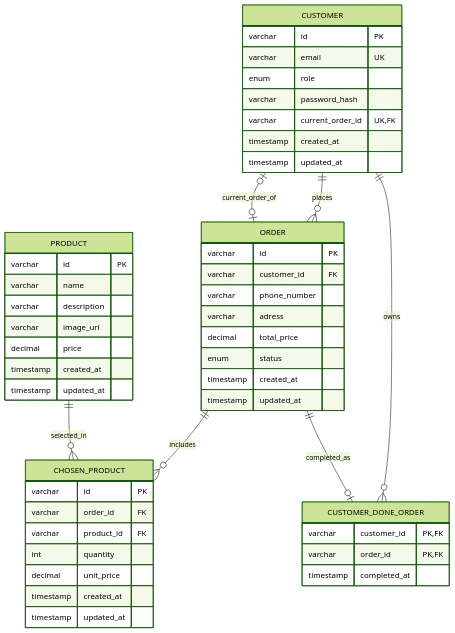
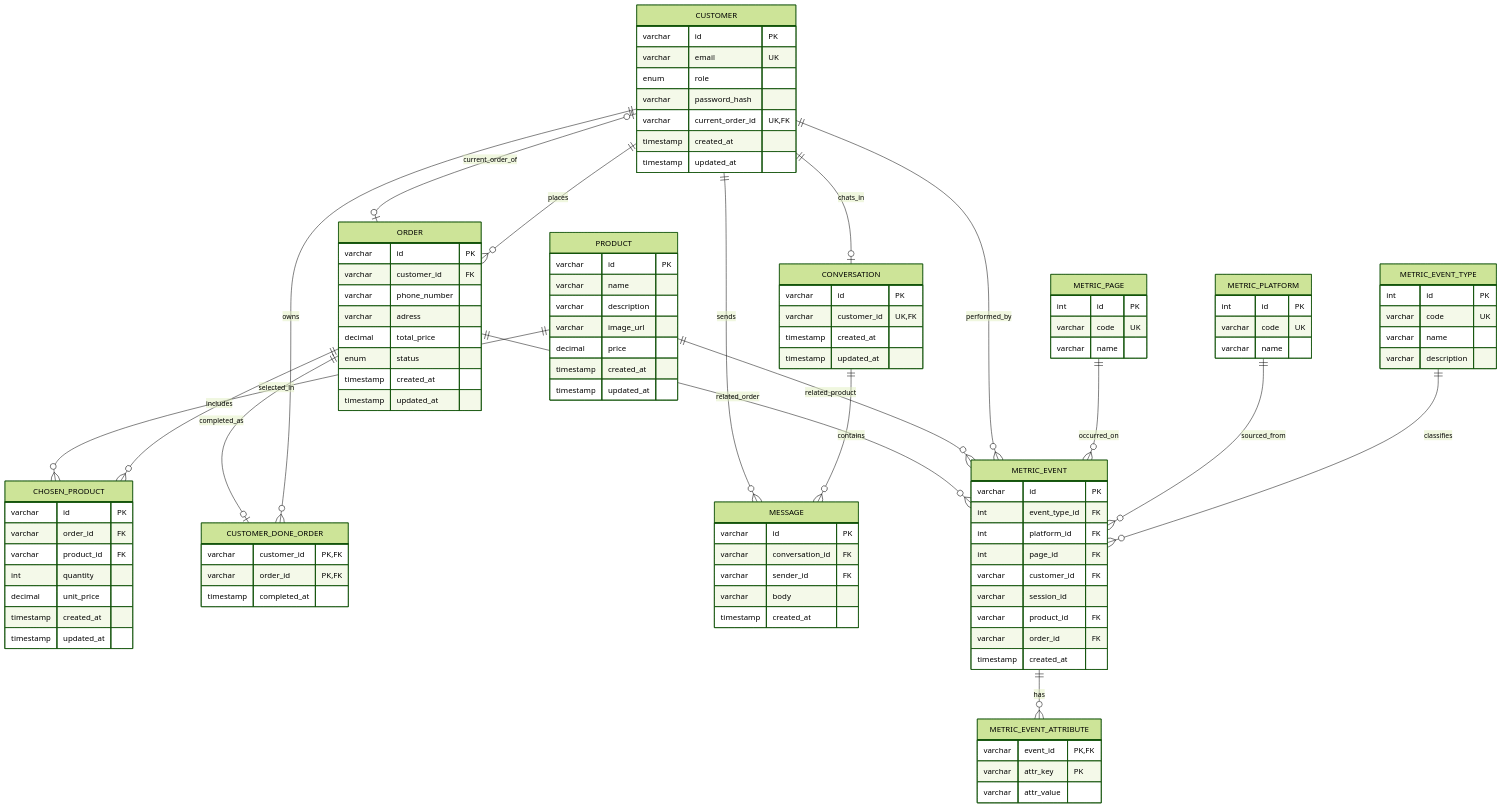
Before and after one commit to antonzyryanov/Bakery-shop: the diagram in database/schema.mmd, drawn with Mermaid (forest theme). The commit also changed 80 other files, not shown here.

```diff
--- a/database/schema.mmd
+++ b/database/schema.mmd
@@ -1,54 +1,117 @@
 erDiagram
     CUSTOMER {
         varchar id PK
         varchar email UK
         enum role
         varchar password_hash
         varchar current_order_id UK, FK
         timestamp created_at
         timestamp updated_at
     }
 
     PRODUCT {
         varchar id PK
         varchar name
         varchar description
         varchar image_url
         decimal price
         timestamp created_at
         timestamp updated_at
     }
 
     ORDER {
         varchar id PK
         varchar customer_id FK
         varchar phone_number
         varchar adress
         decimal total_price
         enum status
         timestamp created_at
         timestamp updated_at
     }
 
     CHOSEN_PRODUCT {
         varchar id PK
         varchar order_id FK
         varchar product_id FK
         int quantity
         decimal unit_price
         timestamp created_at
         timestamp updated_at
     }
 
     CUSTOMER_DONE_ORDER {
         varchar customer_id PK, FK
         varchar order_id PK, FK
         timestamp completed_at
     }
 
+    CONVERSATION {
+        varchar id PK
+        varchar customer_id UK, FK
+        timestamp created_at
+        timestamp updated_at
+    }
+
+    MESSAGE {
+        varchar id PK
+        varchar conversation_id FK
+        varchar sender_id FK
+        varchar body
+        timestamp created_at
+    }
+
     CUSTOMER ||--o{ ORDER : places
     ORDER ||--o{ CHOSEN_PRODUCT : includes
     PRODUCT ||--o{ CHOSEN_PRODUCT : selected_in
     CUSTOMER ||--o{ CUSTOMER_DONE_ORDER : owns
     ORDER ||--o| CUSTOMER_DONE_ORDER : completed_as
     ORDER o|--o| CUSTOMER : current_order_of
+    CUSTOMER ||--o| CONVERSATION : chats_in
+    CONVERSATION ||--o{ MESSAGE : contains
+    CUSTOMER ||--o{ MESSAGE : sends
+
+    METRIC_EVENT_TYPE {
+        int id PK
+        varchar code UK
+        varchar name
+        varchar description
+    }
+
+    METRIC_PLATFORM {
+        int id PK
+        varchar code UK
+        varchar name
+    }
+
+    METRIC_PAGE {
+        int id PK
+        varchar code UK
+        varchar name
+    }
+
+    METRIC_EVENT {
+        varchar id PK
+        int event_type_id FK
+        int platform_id FK
+        int page_id FK
+        varchar customer_id FK
+        varchar session_id
+        varchar product_id FK
+        varchar order_id FK
+        timestamp created_at
+    }
+
+    METRIC_EVENT_ATTRIBUTE {
+        varchar event_id PK, FK
+        varchar attr_key PK
+        varchar attr_value
+    }
+
+    METRIC_EVENT_TYPE ||--o{ METRIC_EVENT : classifies
+    METRIC_PLATFORM ||--o{ METRIC_EVENT : sourced_from
+    METRIC_PAGE ||--o{ METRIC_EVENT : occurred_on
+    CUSTOMER ||--o{ METRIC_EVENT : performed_by
+    PRODUCT ||--o{ METRIC_EVENT : related_product
+    ORDER ||--o{ METRIC_EVENT : related_order
+    METRIC_EVENT ||--o{ METRIC_EVENT_ATTRIBUTE : has
```
